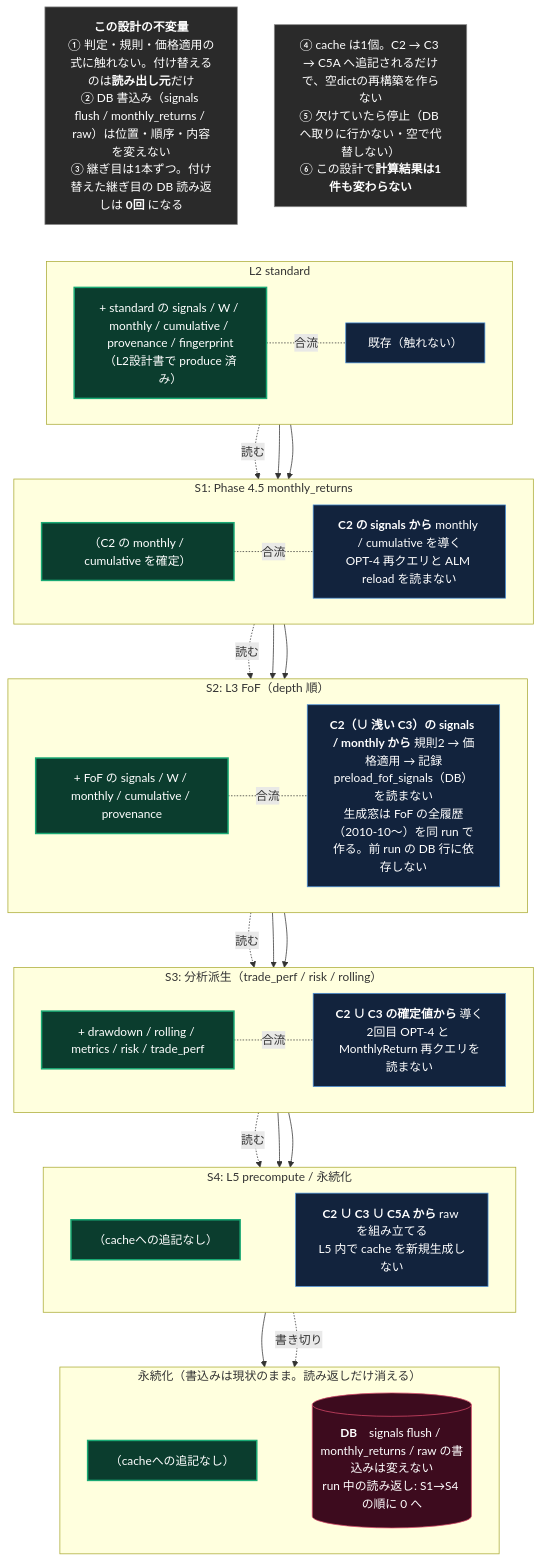
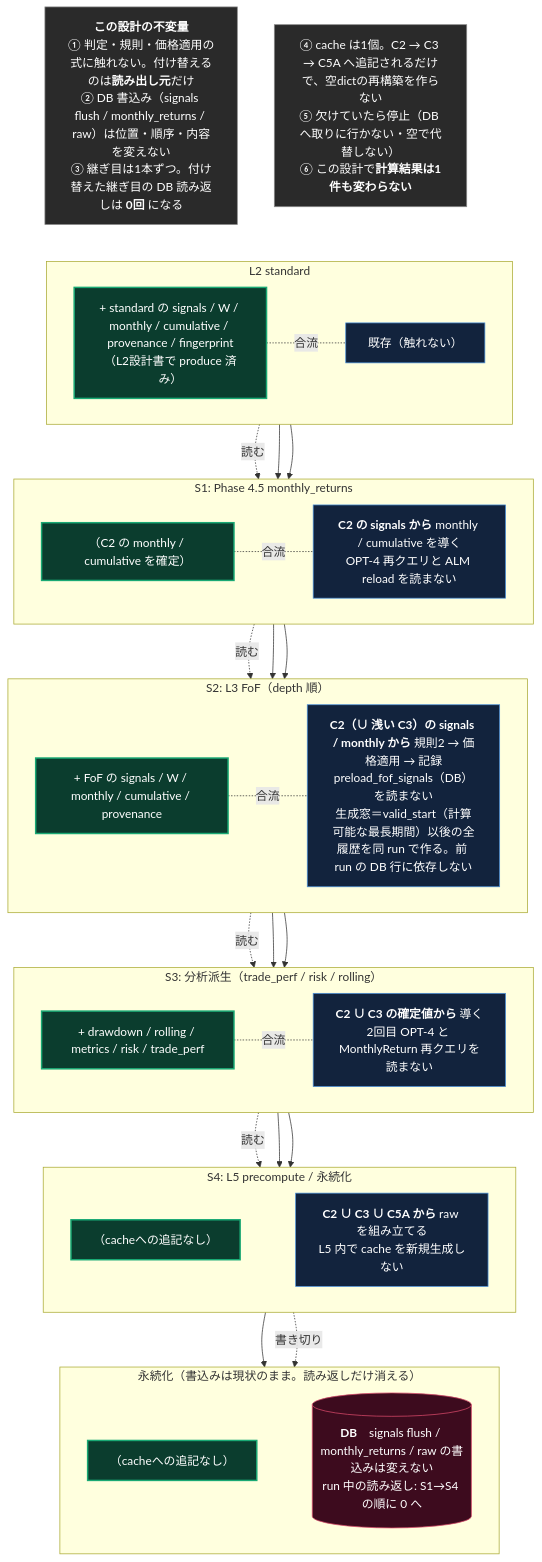
Before and after one commit to simokitafresh/multi-agent-shogun: the diagram in docs/research/dm-l2-l3-seam-design_20260816.md, drawn with Mermaid. The commit also changed other lines of this file, not shown here.

````diff
--- a/docs/research/dm-l2-l3-seam-design_20260816.md
+++ b/docs/research/dm-l2-l3-seam-design_20260816.md
@@ -42,63 +42,63 @@
 ```mermaid
 flowchart TB
   classDef cache fill:#0b3d2e,stroke:#19a974,color:#ffffff,stroke-width:2px
   classDef calc fill:#12233d,stroke:#4a90d9,color:#ffffff
   classDef sink fill:#3d0b1e,stroke:#d94a6a,color:#ffffff
   classDef rule fill:#2a2a2a,stroke:#888888,color:#ffffff
 
   INV1["<b>この設計の不変量</b><br/>① 判定・規則・価格適用の式に触れない。付け替えるのは<b>読み出し元</b>だけ<br/>② DB 書込み（signals flush / monthly_returns / raw）は位置・順序・内容を変えない<br/>③ 継ぎ目は1本ずつ。付け替えた継ぎ目の DB 読み返しは <b>0回</b> になる"]:::rule
   INV2["④ cache は1個。C2 → C3 → C5A へ追記されるだけで、空dictの再構築を作らない<br/>⑤ 欠けていたら停止（DB へ取りに行かない・空で代替しない）<br/>⑥ この設計で<b>計算結果は1件も変わらない</b>"]:::rule
 
   subgraph R2["L2 standard"]
     direction LR
     C2["+ standard の signals / W / monthly / cumulative / provenance / fingerprint（L2設計書で produce 済み）"]:::cache
     X2["既存（触れない）"]:::calc
     C2 <-.-|"合流"| X2
   end
 
   subgraph R25["S1: Phase 4.5 monthly_returns"]
     direction LR
     C25["（C2 の monthly / cumulative を確定）"]:::cache
     X25["<b>C2 の signals から</b> monthly / cumulative を導く<br/>OPT-4 再クエリと ALM reload を読まない"]:::calc
     C2 -.->|"読む"| X25
     C25 <-.-|"合流"| X25
   end
 
   subgraph R3["S2: L3 FoF（depth 順）"]
     direction LR
     C3["+ FoF の signals / W / monthly / cumulative / provenance"]:::cache
-    X3["<b>C2（∪ 浅い C3）の signals / monthly から</b> 規則2 → 価格適用 → 記録<br/>preload_fof_signals（DB）を読まない<br/>生成窓は FoF の全履歴（2010-10〜）を同 run で作る。前 run の DB 行に依存しない"]:::calc
+    X3["<b>C2（∪ 浅い C3）の signals / monthly から</b> 規則2 → 価格適用 → 記録<br/>preload_fof_signals（DB）を読まない<br/>生成窓＝valid_start（計算可能な最長期間）以後の全履歴を同 run で作る。前 run の DB 行に依存しない"]:::calc
     C25 -.->|"読む"| X3
     C3 <-.-|"合流"| X3
   end
 
   subgraph R5A["S3: 分析派生（trade_perf / risk / rolling）"]
     direction LR
     C5A["+ drawdown / rolling / metrics / risk / trade_perf"]:::cache
     X5A["<b>C2 ∪ C3 の確定値から</b> 導く<br/>2回目 OPT-4 と MonthlyReturn 再クエリを読まない"]:::calc
     C3 -.->|"読む"| X5A
     C5A <-.-|"合流"| X5A
   end
 
   subgraph R5B["S4: L5 precompute / 永続化"]
     direction LR
     C5B["（cacheへの追記なし）"]:::cache
     X5B["<b>C2 ∪ C3 ∪ C5A から</b> raw を組み立てる<br/>L5 内で cache を新規生成しない"]:::calc
     C5B ~~~ X5B
     C5A -.->|"読む"| X5B
   end
 
   INV1 ~~~ R2
   INV2 ~~~ R2
   C2 --> C25 --> C3 --> C5A --> C5B
   X2 --> X25 --> X3 --> X5A --> X5B
 
   subgraph RDB["永続化（書込みは現状のまま。読み返しだけ消える）"]
     direction LR
     CDB["（cacheへの追記なし）"]:::cache
     DB[("<b>DB</b>　signals flush / monthly_returns / raw の書込みは変えない<br/>run 中の読み返し: S1→S4 の順に 0 へ")]:::sink
     CDB ~~~ DB
   end
   C5B --> CDB
   X5B -.->|"書き切り"| DB
 ```
````
